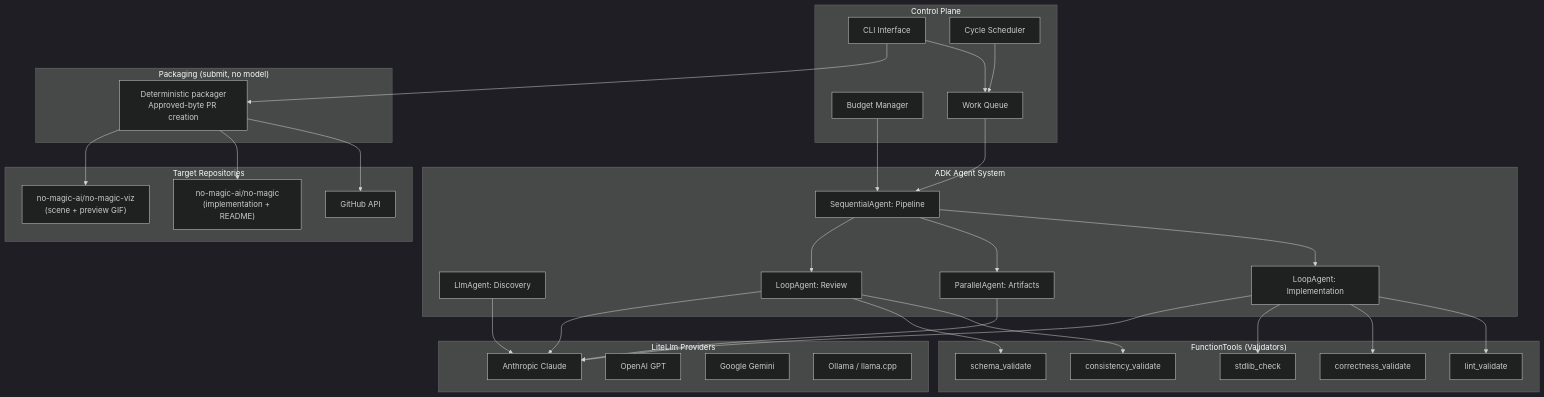
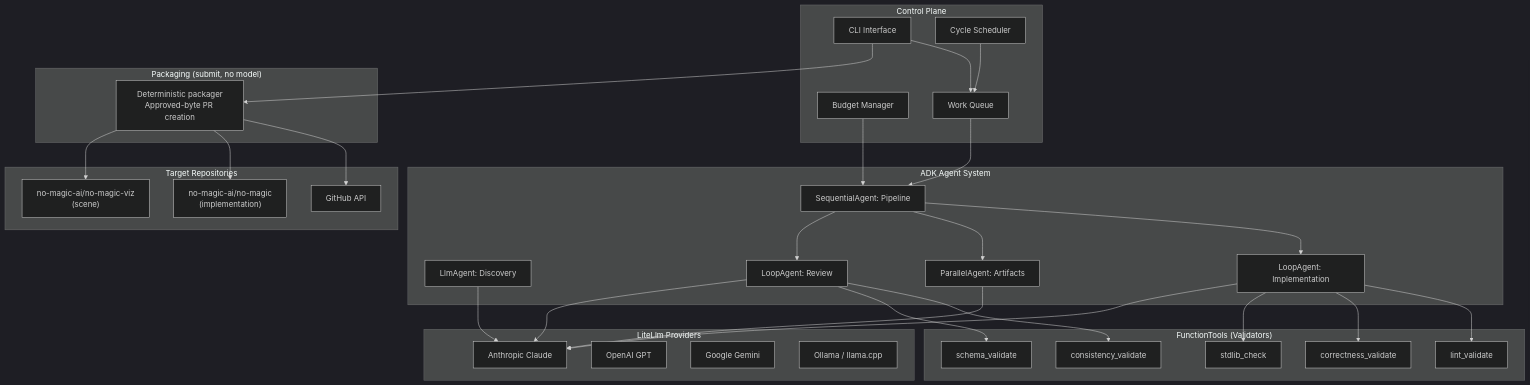
One commit to no-magic-ai/apprentice changed the second of 7 diagrams in docs/system-design.md. Above: the diagram before and after it, drawn with Mermaid (dark theme). The commit also changed other lines of this file and 2 other files, not shown here.

Commit message:
docs(submit): explain the per-run lock and approval metadata rules
Describe the short local lock approve and submit share, the pending attempt saved before any clone, the terminal update that is skipped when the stored attempt changed, approval being fixed once an attempt exists, the approver and approval-time rules, and that the guarantees cover process kill and restart rather than power loss. The system diagram now shows that packaging promotes only the implementation and the scene.

Stack-Id: no-magic-ai-m10-apprentice-20261006
Stack-Position: 2/2

````diff
--- a/docs/system-design.md
+++ b/docs/system-design.md
@@ -182,67 +182,67 @@
 ```mermaid
 graph TB
     subgraph Control Plane
         CLI[CLI Interface]
         Scheduler[Cycle Scheduler]
         Budget[Budget Manager]
         Queue[Work Queue]
     end
 
     subgraph "ADK Agent System"
         Pipeline["SequentialAgent: Pipeline"]
         DiscAgent["LlmAgent: Discovery"]
         ImplLoop["LoopAgent: Implementation"]
         ParAgent["ParallelAgent: Artifacts"]
         RevLoop["LoopAgent: Review"]
     end
 
     subgraph "FunctionTools (Validators)"
         LintVal[lint_validate]
         CorrectVal[correctness_validate]
         ConsistVal[consistency_validate]
         SchemaVal[schema_validate]
         StdlibVal[stdlib_check]
     end
 
     subgraph "LiteLlm Providers"
         Claude[Anthropic Claude]
         GPT[OpenAI GPT]
         Gemini[Google Gemini]
         Local[Ollama / llama.cpp]
     end
 
     subgraph "Packaging (submit, no model)"
         Packager["Deterministic packager<br/>Approved-byte PR creation"]
     end
 
     subgraph "Target Repositories"
-        NoMagic["no-magic-ai/no-magic<br/>(implementation + README)"]
-        NoMagicViz["no-magic-ai/no-magic-viz<br/>(scene + preview GIF)"]
+        NoMagic["no-magic-ai/no-magic<br/>(implementation)"]
+        NoMagicViz["no-magic-ai/no-magic-viz<br/>(scene)"]
         GitHub[GitHub API]
     end
 
     CLI --> Queue
     Scheduler --> Queue
     Budget --> Pipeline
 
     Queue --> Pipeline
     Pipeline --> ImplLoop
     Pipeline --> ParAgent
     Pipeline --> RevLoop
     CLI --> Packager
 
     ImplLoop --> LintVal
     ImplLoop --> CorrectVal
     ImplLoop --> StdlibVal
     RevLoop --> ConsistVal
     RevLoop --> SchemaVal
 
     ImplLoop --> Claude
     ParAgent --> Claude
     RevLoop --> Claude
     DiscAgent --> Claude
 
     Packager --> GitHub
     Packager --> NoMagic
     Packager --> NoMagicViz
 ```
````
